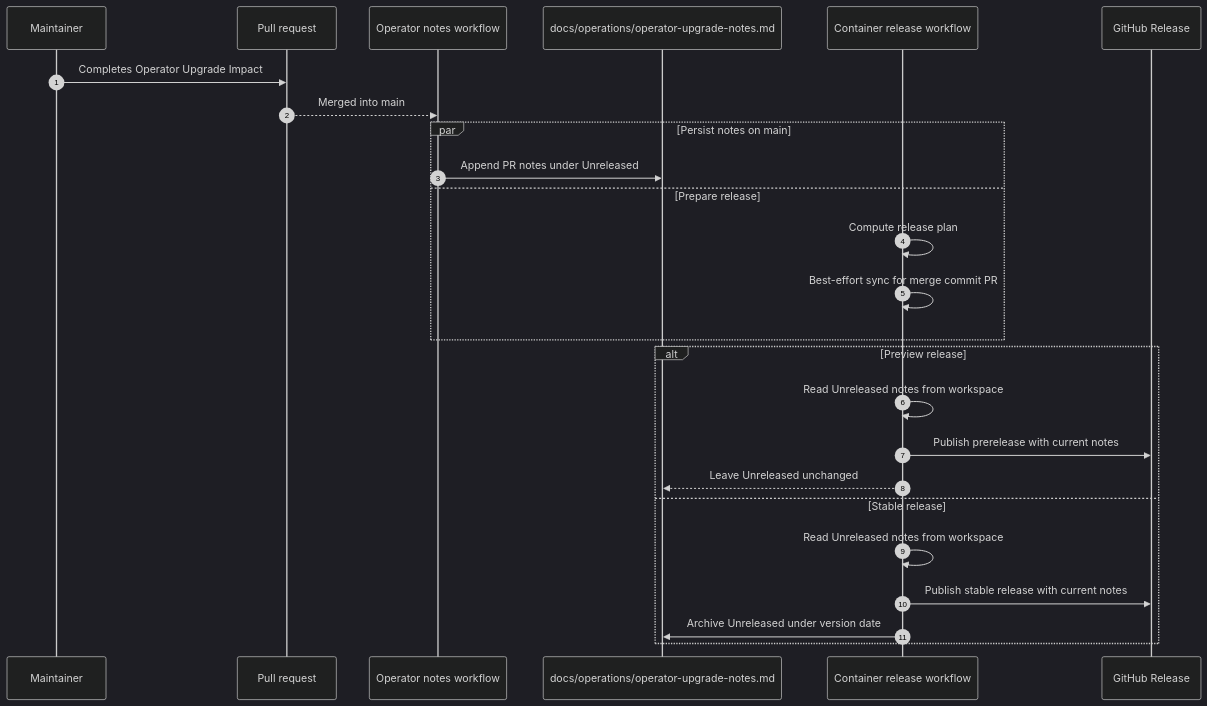
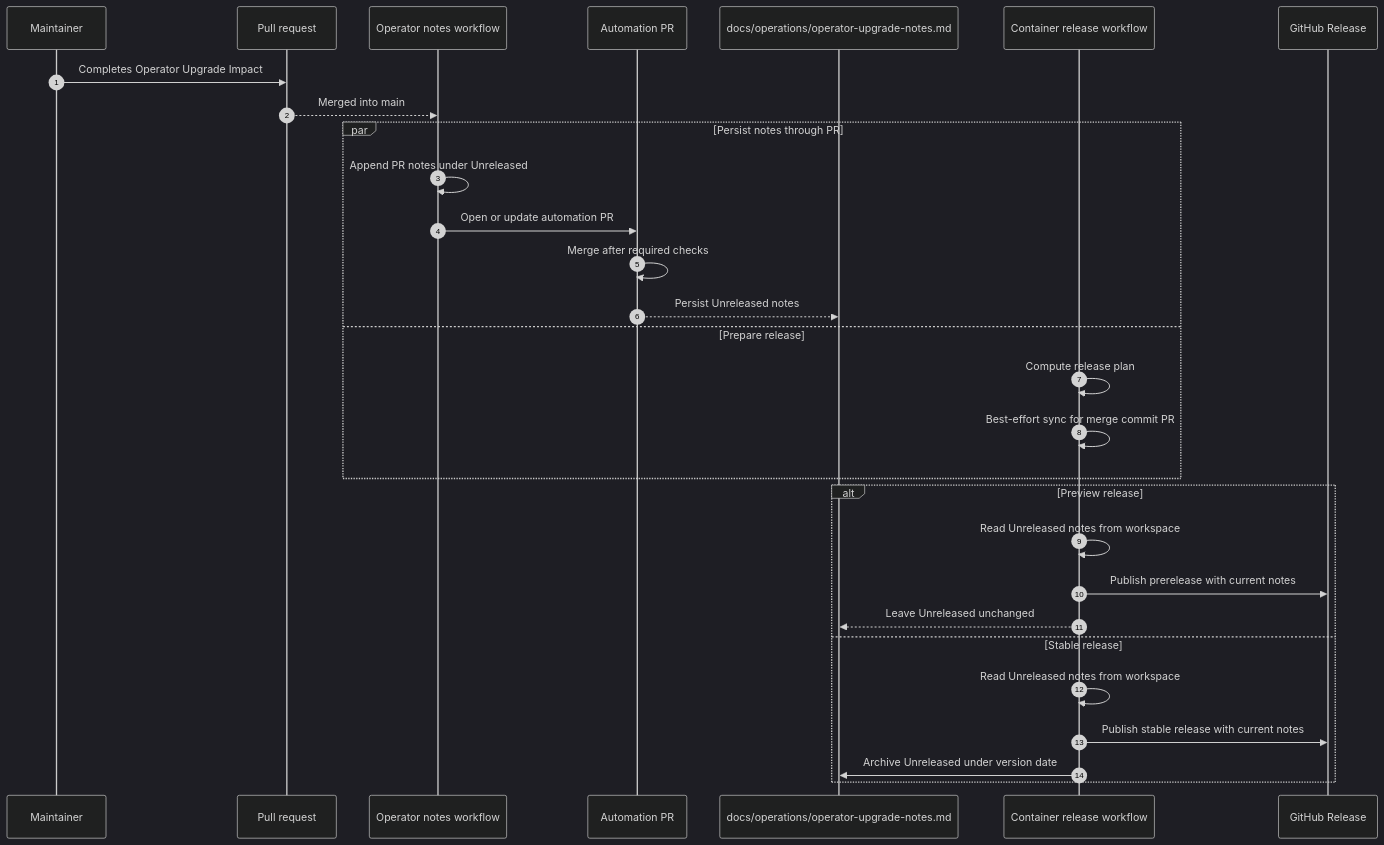
Before and after one commit to viscalyx/Kravhantering: the diagram in docs/development/trusted-container-publishing.md, drawn with Mermaid (dark theme). The commit also changed other lines of this file and 3 other files, not shown here.

````diff
--- a/docs/development/trusted-container-publishing.md
+++ b/docs/development/trusted-container-publishing.md
@@ -180,29 +188,33 @@
 ```mermaid
 sequenceDiagram
     autonumber
     participant Maintainer
     participant PR as Pull request
     participant Notes as Operator notes workflow
+    participant AutomationPR as Automation PR
     participant Main as docs/operations/operator-upgrade-notes.md
     participant Release as Container release workflow
     participant GitHub as GitHub Release
 
     Maintainer->>PR: Completes Operator Upgrade Impact
     PR-->>Notes: Merged into main
-    par Persist notes on main
-        Notes->>Main: Append PR notes under Unreleased
+    par Persist notes through PR
+        Notes->>Notes: Append PR notes under Unreleased
+        Notes->>AutomationPR: Open or update automation PR
+        AutomationPR->>AutomationPR: Merge after required checks
+        AutomationPR-->>Main: Persist Unreleased notes
     and Prepare release
         Release->>Release: Compute release plan
         Release->>Release: Best-effort sync for merge commit PR
     end
 
     alt Preview release
         Release->>Release: Read Unreleased notes from workspace
         Release->>GitHub: Publish prerelease with current notes
         Release-->>Main: Leave Unreleased unchanged
     else Stable release
         Release->>Release: Read Unreleased notes from workspace
         Release->>GitHub: Publish stable release with current notes
         Release->>Main: Archive Unreleased under version date
     end
 ```
````
